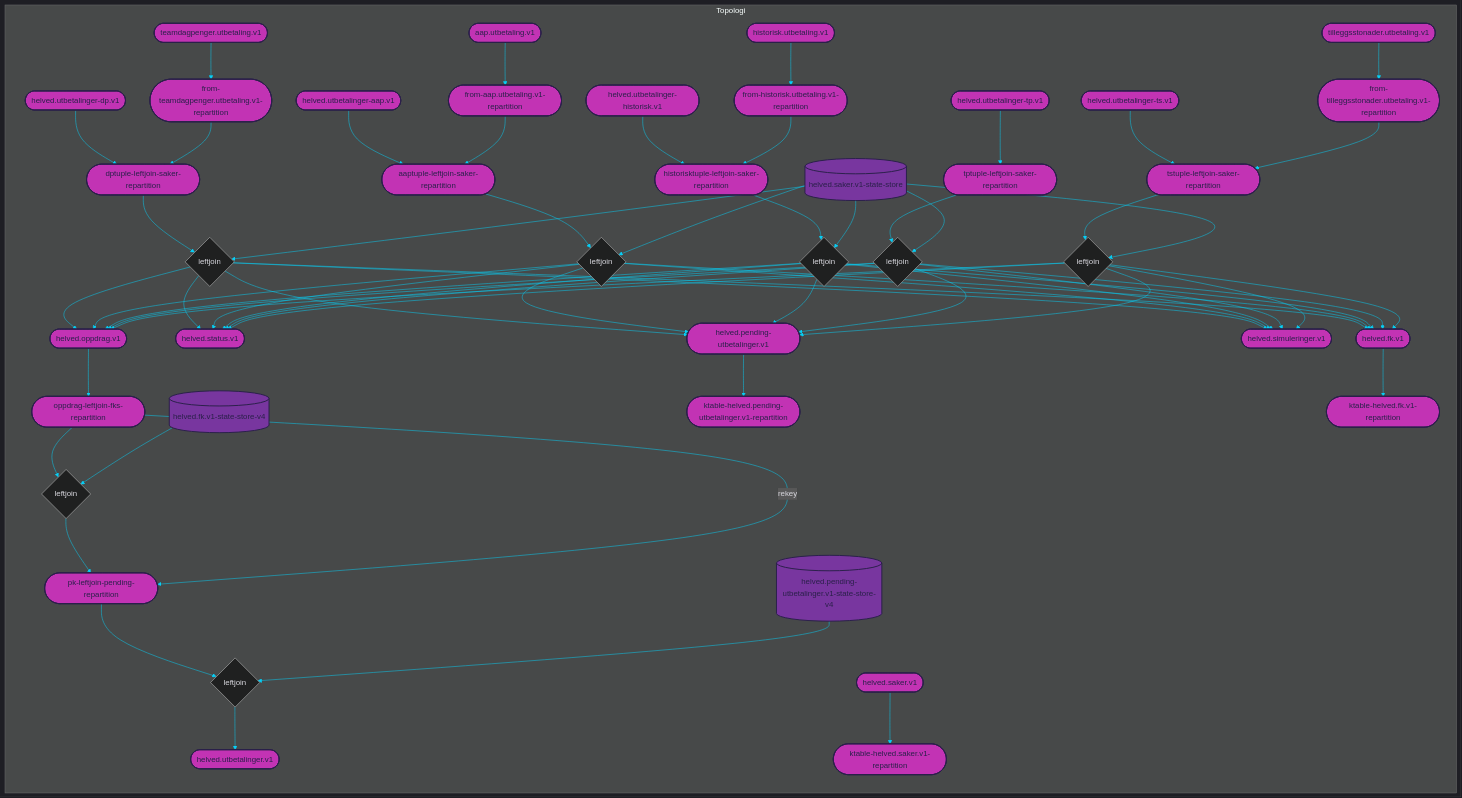
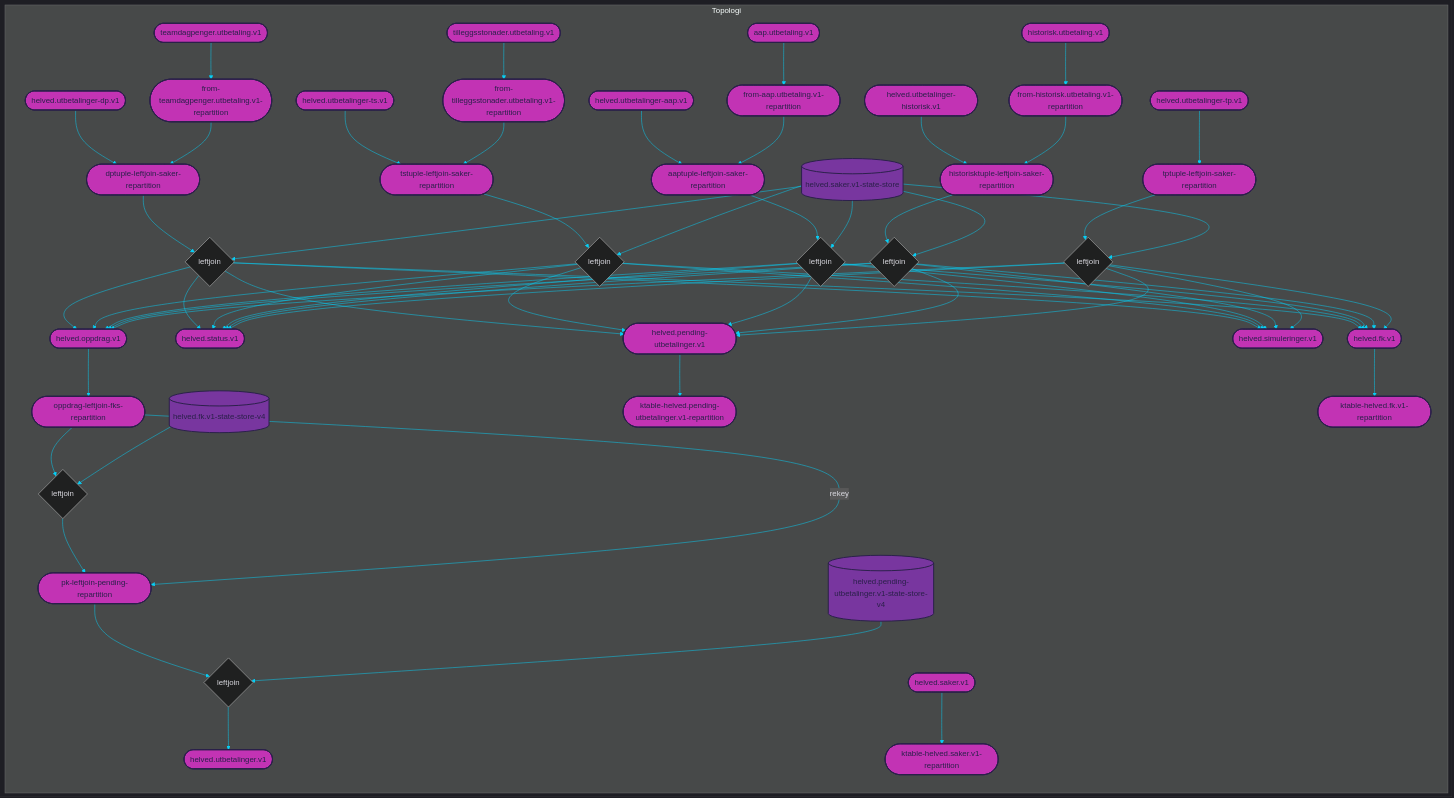
Before and after one commit to navikt/helved-utbetaling: the diagram in dokumentasjon/abetal.mmd, drawn with Mermaid. The commit also changed other lines of this file and 5 other files, not shown here.

```diff
--- a/dokumentasjon/abetal.mmd
+++ b/dokumentasjon/abetal.mmd
@@ -1,181 +1,181 @@
 
 %%{init: {'theme': 'dark', 'themeVariables': { 'primaryColor': '#07cff6', 'textColor': '#dad9e0', 'lineColor': '#07cff6'}}}%%
 
 graph LR
 
 subgraph Topologi
     %% TOPICS
     helved.pending-utbetalinger.v1([helved.pending-utbetalinger.v1])
 	ktable-helved.pending-utbetalinger.v1-repartition([ktable-helved.pending-utbetalinger.v1-repartition])
 	pk-leftjoin-pending-repartition([pk-leftjoin-pending-repartition])
 	helved.utbetalinger.v1([helved.utbetalinger.v1])
 	helved.saker.v1([helved.saker.v1])
 	ktable-helved.saker.v1-repartition([ktable-helved.saker.v1-repartition])
 	dptuple-leftjoin-saker-repartition([dptuple-leftjoin-saker-repartition])
+	tstuple-leftjoin-saker-repartition([tstuple-leftjoin-saker-repartition])
 	aaptuple-leftjoin-saker-repartition([aaptuple-leftjoin-saker-repartition])
 	historisktuple-leftjoin-saker-repartition([historisktuple-leftjoin-saker-repartition])
 	tptuple-leftjoin-saker-repartition([tptuple-leftjoin-saker-repartition])
-	tstuple-leftjoin-saker-repartition([tstuple-leftjoin-saker-repartition])
 	helved.status.v1([helved.status.v1])
 	helved.simuleringer.v1([helved.simuleringer.v1])
 	helved.oppdrag.v1([helved.oppdrag.v1])
 	helved.fk.v1([helved.fk.v1])
 	ktable-helved.fk.v1-repartition([ktable-helved.fk.v1-repartition])
 	oppdrag-leftjoin-fks-repartition([oppdrag-leftjoin-fks-repartition])
 	teamdagpenger.utbetaling.v1([teamdagpenger.utbetaling.v1])
 	from-teamdagpenger.utbetaling.v1-repartition([from-teamdagpenger.utbetaling.v1-repartition])
 	helved.utbetalinger-dp.v1([helved.utbetalinger-dp.v1])
 	aap.utbetaling.v1([aap.utbetaling.v1])
 	from-aap.utbetaling.v1-repartition([from-aap.utbetaling.v1-repartition])
 	helved.utbetalinger-aap.v1([helved.utbetalinger-aap.v1])
 	tilleggsstonader.utbetaling.v1([tilleggsstonader.utbetaling.v1])
 	from-tilleggsstonader.utbetaling.v1-repartition([from-tilleggsstonader.utbetaling.v1-repartition])
 	helved.utbetalinger-ts.v1([helved.utbetalinger-ts.v1])
 	helved.utbetalinger-tp.v1([helved.utbetalinger-tp.v1])
 	historisk.utbetaling.v1([historisk.utbetaling.v1])
 	from-historisk.utbetaling.v1-repartition([from-historisk.utbetaling.v1-repartition])
 	helved.utbetalinger-historisk.v1([helved.utbetalinger-historisk.v1])
 
     %% JOINS
     pk-leftjoin-pending{leftjoin}
 	dptuple-leftjoin-saker{leftjoin}
+	tstuple-leftjoin-saker{leftjoin}
 	aaptuple-leftjoin-saker{leftjoin}
 	historisktuple-leftjoin-saker{leftjoin}
 	tptuple-leftjoin-saker{leftjoin}
-	tstuple-leftjoin-saker{leftjoin}
 	oppdrag-leftjoin-fks{leftjoin}
 
     %% STATE PROCESSORS
     
     
     %% STATE STORES
     helved.pending-utbetalinger.v1-state-store-v4[(helved.pending-utbetalinger.v1-state-store-v4)]
 	helved.saker.v1-state-store[(helved.saker.v1-state-store)]
 	helved.fk.v1-state-store-v4[(helved.fk.v1-state-store-v4)]
     
     %% DATABASES
     
     
 
     %% PROCESSOR API JOBS
     
     
     %% JOIN STREAMS
     pk-leftjoin-pending-repartition --> pk-leftjoin-pending
 	helved.pending-utbetalinger.v1-state-store-v4 --> pk-leftjoin-pending
 	pk-leftjoin-pending --> helved.utbetalinger.v1
 	dptuple-leftjoin-saker-repartition --> dptuple-leftjoin-saker
 	helved.saker.v1-state-store --> dptuple-leftjoin-saker
 	dptuple-leftjoin-saker --> helved.status.v1
 	dptuple-leftjoin-saker --> helved.oppdrag.v1
 	dptuple-leftjoin-saker --> helved.pending-utbetalinger.v1
 	dptuple-leftjoin-saker --> helved.simuleringer.v1
 	dptuple-leftjoin-saker --> helved.fk.v1
+	tstuple-leftjoin-saker-repartition --> tstuple-leftjoin-saker
+	helved.saker.v1-state-store --> tstuple-leftjoin-saker
+	tstuple-leftjoin-saker --> helved.pending-utbetalinger.v1
+	tstuple-leftjoin-saker --> helved.fk.v1
+	tstuple-leftjoin-saker --> helved.simuleringer.v1
+	tstuple-leftjoin-saker --> helved.status.v1
+	tstuple-leftjoin-saker --> helved.oppdrag.v1
 	aaptuple-leftjoin-saker-repartition --> aaptuple-leftjoin-saker
 	helved.saker.v1-state-store --> aaptuple-leftjoin-saker
 	aaptuple-leftjoin-saker --> helved.status.v1
 	aaptuple-leftjoin-saker --> helved.oppdrag.v1
 	aaptuple-leftjoin-saker --> helved.pending-utbetalinger.v1
 	aaptuple-leftjoin-saker --> helved.fk.v1
 	aaptuple-leftjoin-saker --> helved.simuleringer.v1
 	historisktuple-leftjoin-saker-repartition --> historisktuple-leftjoin-saker
 	helved.saker.v1-state-store --> historisktuple-leftjoin-saker
+	historisktuple-leftjoin-saker --> helved.oppdrag.v1
 	historisktuple-leftjoin-saker --> helved.status.v1
-	historisktuple-leftjoin-saker --> helved.oppdrag.v1
 	historisktuple-leftjoin-saker --> helved.pending-utbetalinger.v1
+	historisktuple-leftjoin-saker --> helved.fk.v1
 	historisktuple-leftjoin-saker --> helved.simuleringer.v1
-	historisktuple-leftjoin-saker --> helved.fk.v1
 	tptuple-leftjoin-saker-repartition --> tptuple-leftjoin-saker
 	helved.saker.v1-state-store --> tptuple-leftjoin-saker
-	tptuple-leftjoin-saker --> helved.fk.v1
+	tptuple-leftjoin-saker --> helved.pending-utbetalinger.v1
 	tptuple-leftjoin-saker --> helved.status.v1
 	tptuple-leftjoin-saker --> helved.oppdrag.v1
-	tptuple-leftjoin-saker --> helved.pending-utbetalinger.v1
+	tptuple-leftjoin-saker --> helved.fk.v1
 	tptuple-leftjoin-saker --> helved.simuleringer.v1
-	tstuple-leftjoin-saker-repartition --> tstuple-leftjoin-saker
-	helved.saker.v1-state-store --> tstuple-leftjoin-saker
-	tstuple-leftjoin-saker --> helved.status.v1
-	tstuple-leftjoin-saker --> helved.pending-utbetalinger.v1
-	tstuple-leftjoin-saker --> helved.simuleringer.v1
-	tstuple-leftjoin-saker --> helved.oppdrag.v1
-	tstuple-leftjoin-saker --> helved.fk.v1
 	oppdrag-leftjoin-fks-repartition --> oppdrag-leftjoin-fks
 	helved.fk.v1-state-store-v4 --> oppdrag-leftjoin-fks
 	oppdrag-leftjoin-fks --> pk-leftjoin-pending-repartition
 
     %% TABLE STREAMS
     
 
     %% JOB STREAMS
     
     
     %% BRANCH STREAMS
     
 
     %% REPARTITION STREAMS
     oppdrag-leftjoin-fks-repartition --> |rekey| pk-leftjoin-pending-repartition
     
     %% BASIC STREAMS
     helved.pending-utbetalinger.v1 --> ktable-helved.pending-utbetalinger.v1-repartition
 	helved.saker.v1 --> ktable-helved.saker.v1-repartition
 	helved.fk.v1 --> ktable-helved.fk.v1-repartition
 	teamdagpenger.utbetaling.v1 --> from-teamdagpenger.utbetaling.v1-repartition
 	helved.utbetalinger-dp.v1 --> dptuple-leftjoin-saker-repartition
 	from-teamdagpenger.utbetaling.v1-repartition --> dptuple-leftjoin-saker-repartition
 	aap.utbetaling.v1 --> from-aap.utbetaling.v1-repartition
 	helved.utbetalinger-aap.v1 --> aaptuple-leftjoin-saker-repartition
 	from-aap.utbetaling.v1-repartition --> aaptuple-leftjoin-saker-repartition
 	tilleggsstonader.utbetaling.v1 --> from-tilleggsstonader.utbetaling.v1-repartition
 	helved.utbetalinger-ts.v1 --> tstuple-leftjoin-saker-repartition
 	from-tilleggsstonader.utbetaling.v1-repartition --> tstuple-leftjoin-saker-repartition
 	helved.utbetalinger-tp.v1 --> tptuple-leftjoin-saker-repartition
 	historisk.utbetaling.v1 --> from-historisk.utbetaling.v1-repartition
 	helved.utbetalinger-historisk.v1 --> historisktuple-leftjoin-saker-repartition
 	from-historisk.utbetaling.v1-repartition --> historisktuple-leftjoin-saker-repartition
 	helved.oppdrag.v1 --> oppdrag-leftjoin-fks-repartition
     
     %% CUSTOM PROCESS STREAMS
     
 end
 
 %% COLORS
 %% light    #dad9e0
 %% purple   #78369f
 %% pink     #c233b4
 %% dark     #2a204a
 %% blue     #07cff6
 
 %% STYLES
 style helved.pending-utbetalinger.v1 fill:#c233b4, stroke:#2a204a, stroke-width:2px, color:#2a204a
 style ktable-helved.pending-utbetalinger.v1-repartition fill:#c233b4, stroke:#2a204a, stroke-width:2px, color:#2a204a
 style pk-leftjoin-pending-repartition fill:#c233b4, stroke:#2a204a, stroke-width:2px, color:#2a204a
 style helved.utbetalinger.v1 fill:#c233b4, stroke:#2a204a, stroke-width:2px, color:#2a204a
 style helved.saker.v1 fill:#c233b4, stroke:#2a204a, stroke-width:2px, color:#2a204a
 style ktable-helved.saker.v1-repartition fill:#c233b4, stroke:#2a204a, stroke-width:2px, color:#2a204a
 style dptuple-leftjoin-saker-repartition fill:#c233b4, stroke:#2a204a, stroke-width:2px, color:#2a204a
+style tstuple-leftjoin-saker-repartition fill:#c233b4, stroke:#2a204a, stroke-width:2px, color:#2a204a
 style aaptuple-leftjoin-saker-repartition fill:#c233b4, stroke:#2a204a, stroke-width:2px, color:#2a204a
 style historisktuple-leftjoin-saker-repartition fill:#c233b4, stroke:#2a204a, stroke-width:2px, color:#2a204a
 style tptuple-leftjoin-saker-repartition fill:#c233b4, stroke:#2a204a, stroke-width:2px, color:#2a204a
-style tstuple-leftjoin-saker-repartition fill:#c233b4, stroke:#2a204a, stroke-width:2px, color:#2a204a
 style helved.status.v1 fill:#c233b4, stroke:#2a204a, stroke-width:2px, color:#2a204a
 style helved.simuleringer.v1 fill:#c233b4, stroke:#2a204a, stroke-width:2px, color:#2a204a
 style helved.oppdrag.v1 fill:#c233b4, stroke:#2a204a, stroke-width:2px, color:#2a204a
 style helved.fk.v1 fill:#c233b4, stroke:#2a204a, stroke-width:2px, color:#2a204a
 style ktable-helved.fk.v1-repartition fill:#c233b4, stroke:#2a204a, stroke-width:2px, color:#2a204a
 style oppdrag-leftjoin-fks-repartition fill:#c233b4, stroke:#2a204a, stroke-width:2px, color:#2a204a
 style teamdagpenger.utbetaling.v1 fill:#c233b4, stroke:#2a204a, stroke-width:2px, color:#2a204a
 style from-teamdagpenger.utbetaling.v1-repartition fill:#c233b4, stroke:#2a204a, stroke-width:2px, color:#2a204a
 style helved.utbetalinger-dp.v1 fill:#c233b4, stroke:#2a204a, stroke-width:2px, color:#2a204a
 style aap.utbetaling.v1 fill:#c233b4, stroke:#2a204a, stroke-width:2px, color:#2a204a
 style from-aap.utbetaling.v1-repartition fill:#c233b4, stroke:#2a204a, stroke-width:2px, color:#2a204a
 style helved.utbetalinger-aap.v1 fill:#c233b4, stroke:#2a204a, stroke-width:2px, color:#2a204a
 style tilleggsstonader.utbetaling.v1 fill:#c233b4, stroke:#2a204a, stroke-width:2px, color:#2a204a
 style from-tilleggsstonader.utbetaling.v1-repartition fill:#c233b4, stroke:#2a204a, stroke-width:2px, color:#2a204a
 style helved.utbetalinger-ts.v1 fill:#c233b4, stroke:#2a204a, stroke-width:2px, color:#2a204a
 style helved.utbetalinger-tp.v1 fill:#c233b4, stroke:#2a204a, stroke-width:2px, color:#2a204a
 style historisk.utbetaling.v1 fill:#c233b4, stroke:#2a204a, stroke-width:2px, color:#2a204a
 style from-historisk.utbetaling.v1-repartition fill:#c233b4, stroke:#2a204a, stroke-width:2px, color:#2a204a
 style helved.utbetalinger-historisk.v1 fill:#c233b4, stroke:#2a204a, stroke-width:2px, color:#2a204a
 style helved.pending-utbetalinger.v1-state-store-v4 fill:#78369f, stroke:#2a204a, stroke-width:2px, color:#2a204a
 style helved.saker.v1-state-store fill:#78369f, stroke:#2a204a, stroke-width:2px, color:#2a204a
 style helved.fk.v1-state-store-v4 fill:#78369f, stroke:#2a204a, stroke-width:2px, color:#2a204a
```
